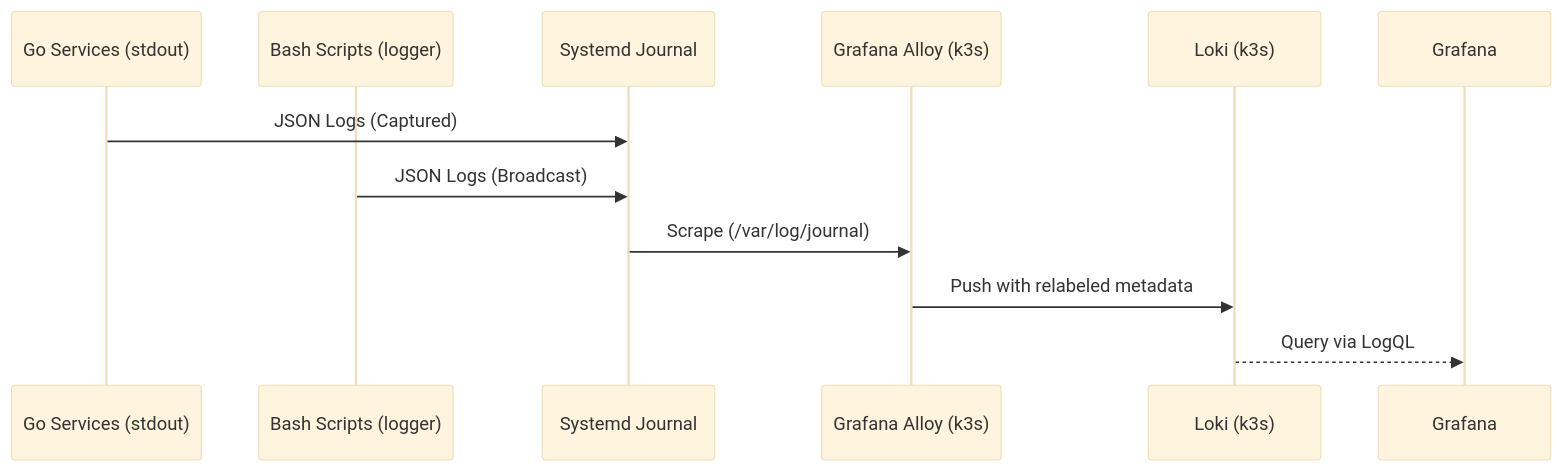
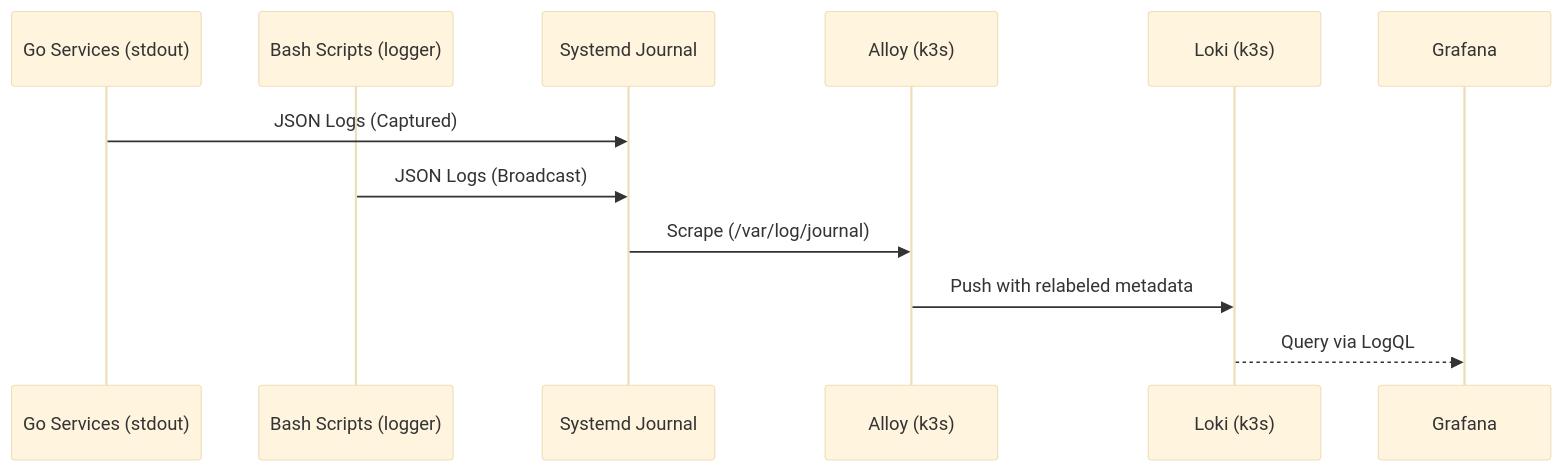
One commit to victoriacheng15/observability-hub changed the diagram in docs/architecture/infrastructure/deployment.md. Above: the diagram before and after it, drawn with Mermaid (base theme). The commit also changed other lines of this file and 12 other files, not shown here.

````diff
--- a/docs/architecture/infrastructure/deployment.md
+++ b/docs/architecture/infrastructure/deployment.md
@@ -36,14 +38,14 @@
 ```mermaid
 sequenceDiagram
     participant App as Go Services (stdout)
     participant Script as Bash Scripts (logger)
     participant Journal as Systemd Journal
-    participant Alloy as Grafana Alloy (k3s)
+    participant Alloy as Alloy (k3s)
     participant Loki as Loki (k3s)
 
     App->>Journal: JSON Logs (Captured)
     Script->>Journal: JSON Logs (Broadcast)
     Journal->>Alloy: Scrape (/var/log/journal)
     Alloy->>Loki: Push with relabeled metadata
     Loki-->>Grafana: Query via LogQL
 ```
````
